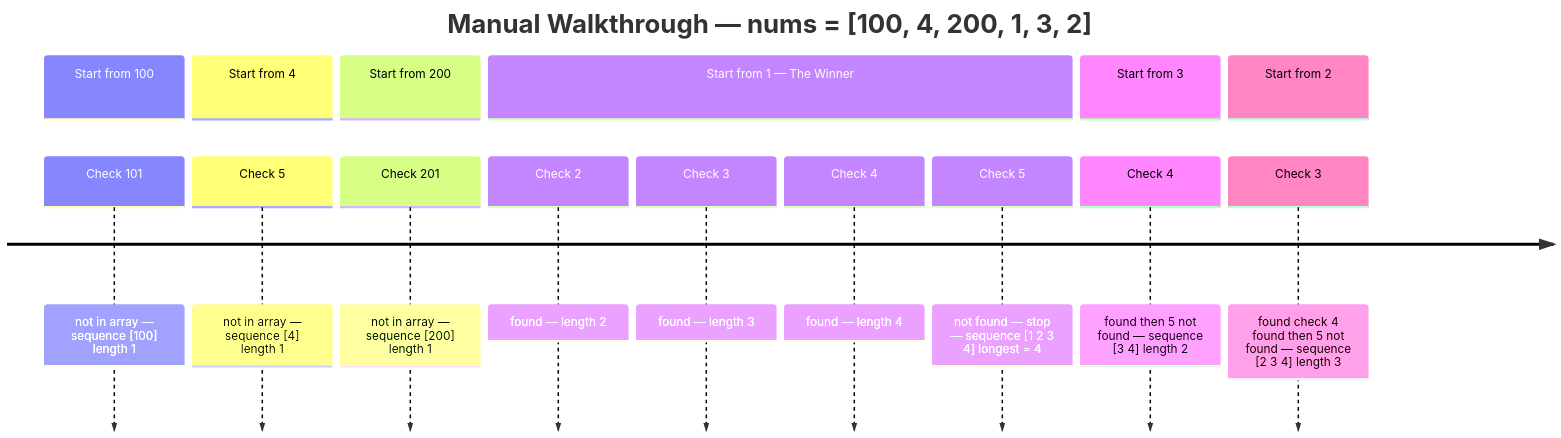
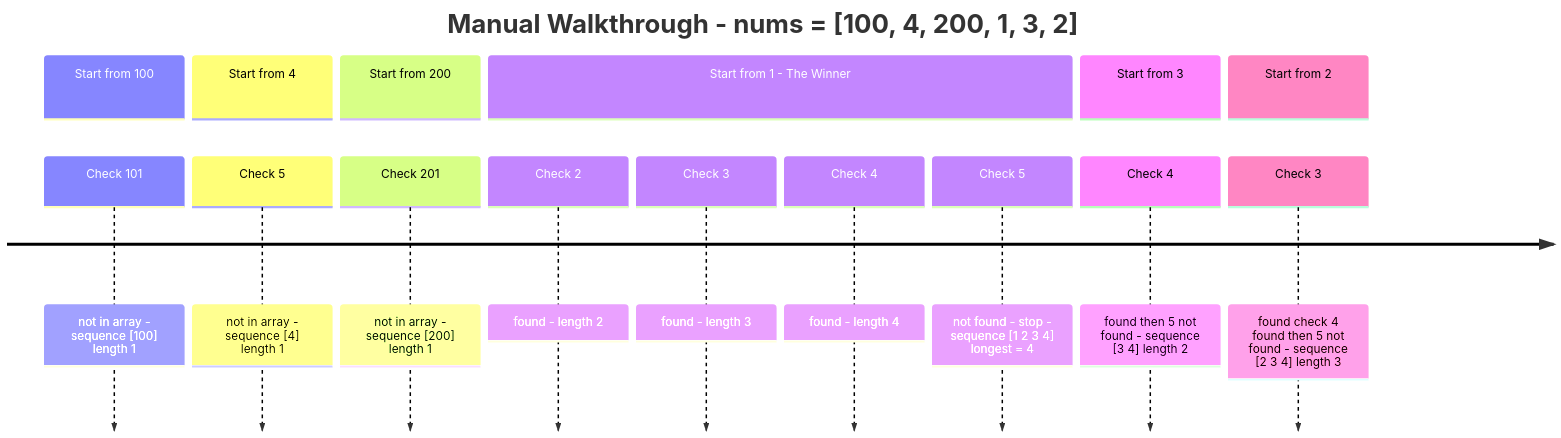
One commit to M-F-Tushar/LeetCode-Problem-Solving changed the second of 10 diagrams in 07 - Longest Consecutive Sequence/README.md. Above: the diagram before and after it, drawn with Mermaid. The commit also changed other lines of this file and 6 other files, not shown here.

Commit message:
fix diagram rendering

````diff
--- a/07 - Longest Consecutive Sequence/README.md
+++ b/07 - Longest Consecutive Sequence/README.md
@@ -79,19 +79,19 @@
 ```mermaid
 timeline
-    title Manual Walkthrough — nums = [100, 4, 200, 1, 3, 2]
+    title Manual Walkthrough  -  nums = [100, 4, 200, 1, 3, 2]
     section Start from 100
-        Check 101 : not in array — sequence [100]  length 1
+        Check 101 : not in array  -  sequence [100]  length 1
     section Start from 4
-        Check 5 : not in array — sequence [4]  length 1
+        Check 5 : not in array  -  sequence [4]  length 1
     section Start from 200
-        Check 201 : not in array — sequence [200]  length 1
-    section Start from 1 — The Winner
-        Check 2 : found — length 2
-        Check 3 : found — length 3
-        Check 4 : found — length 4
-        Check 5 : not found — stop — sequence [1 2 3 4]  longest = 4
+        Check 201 : not in array  -  sequence [200]  length 1
+    section Start from 1  -  The Winner
+        Check 2 : found  -  length 2
+        Check 3 : found  -  length 3
+        Check 4 : found  -  length 4
+        Check 5 : not found  -  stop  -  sequence [1 2 3 4]  longest = 4
     section Start from 3
-        Check 4 : found then 5 not found — sequence [3 4]  length 2
+        Check 4 : found then 5 not found  -  sequence [3 4]  length 2
     section Start from 2
-        Check 3 : found  check 4 found  then 5 not found — sequence [2 3 4]  length 3
+        Check 3 : found  check 4 found  then 5 not found  -  sequence [2 3 4]  length 3
 ```
````
